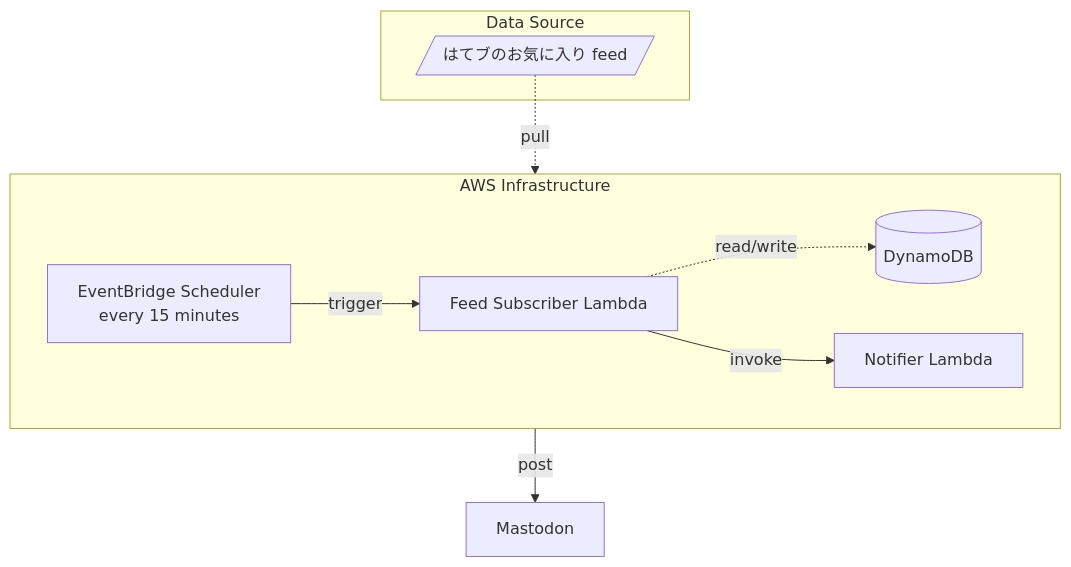
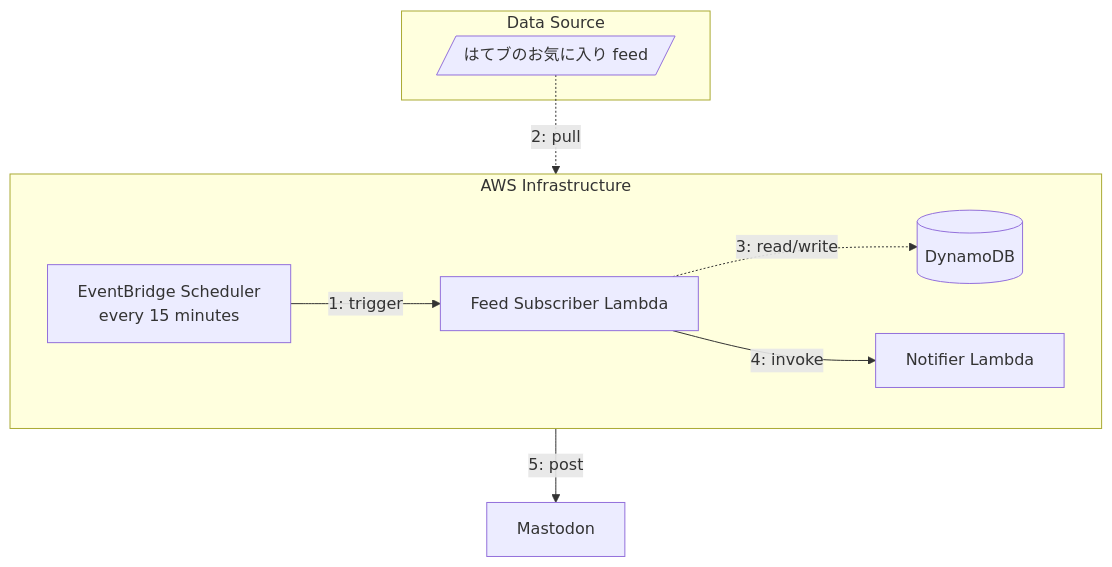
Before and after one commit to masutaka/masutaka-feed: the second of 2 diagrams in README.md, drawn with Mermaid. The commit also changed other lines of this file, not shown here.

````diff
--- a/README.md
+++ b/README.md
@@ -36,18 +36,18 @@
 ```mermaid
 graph TD
     subgraph "Data Source"
         A[/はてブのお気に入り feed/]
     end
 
     subgraph "AWS Infrastructure"
         direction LR
-        G[EventBridge Scheduler<br/>every 15 minutes] -->|trigger| H[Feed Subscriber Lambda]
-        H -.->|read/write| I[(DynamoDB)]
-        H -->|invoke| D[Notifier Lambda]
+        G[EventBridge Scheduler<br/>every 15 minutes] -->|1: trigger| H[Feed Subscriber Lambda]
+        H -.->|3: read/write| I[(DynamoDB)]
+        H -->|4: invoke| D[Notifier Lambda]
     end
 
     E[Mastodon]
 
-    A -.->|pull| H
-    D -->|post| E
+    A -.->|2: pull| H
+    D -->|5: post| E
 ```
````
